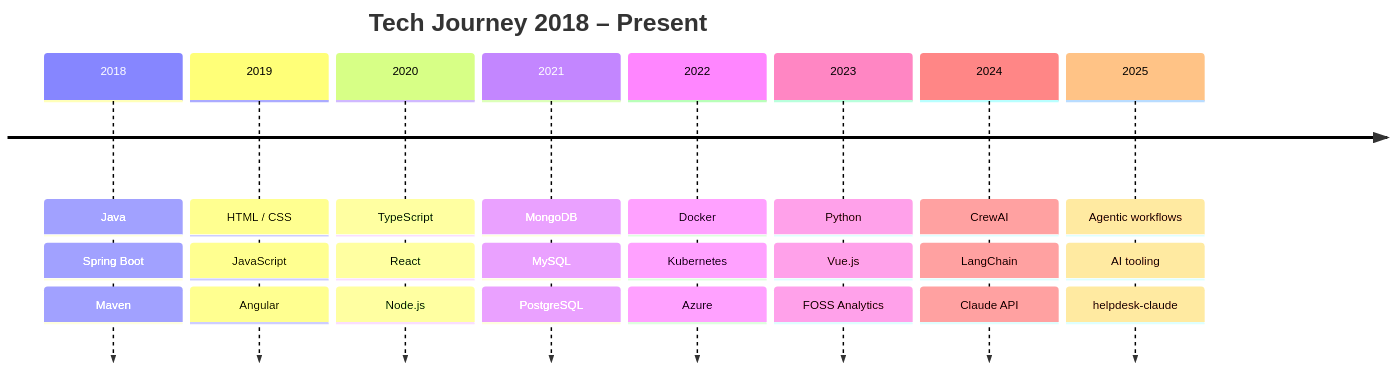
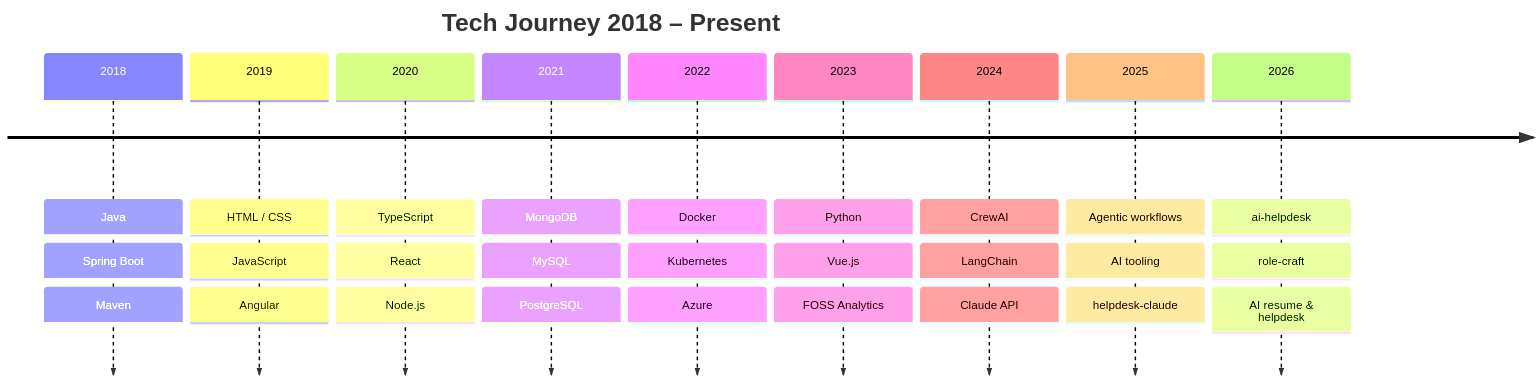
One commit to thatpratik/ThatPratik changed the diagram in README.md. Above: the diagram before and after it, drawn with Mermaid. The commit also changed other lines of this file, not shown here.

````diff
--- a/README.md
+++ b/README.md
@@ -145,12 +164,13 @@
 ```mermaid
 timeline
     title Tech Journey 2018 – Present
     2018 : Java : Spring Boot : Maven
     2019 : HTML / CSS : JavaScript : Angular
     2020 : TypeScript : React : Node.js
     2021 : MongoDB : MySQL : PostgreSQL
     2022 : Docker : Kubernetes : Azure
     2023 : Python : Vue.js : FOSS Analytics
     2024 : CrewAI : LangChain : Claude API
     2025 : Agentic workflows : AI tooling : helpdesk-claude
+    2026 : ai-helpdesk : role-craft : AI resume & helpdesk
 ```
````
